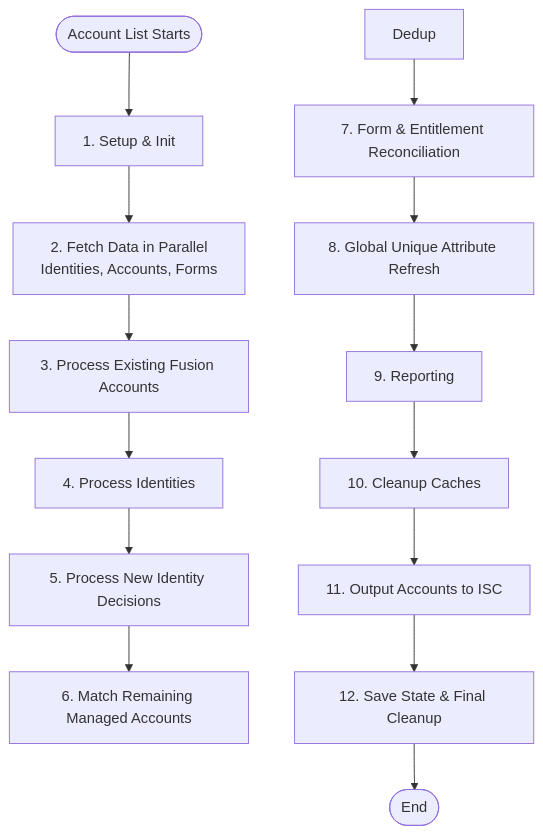
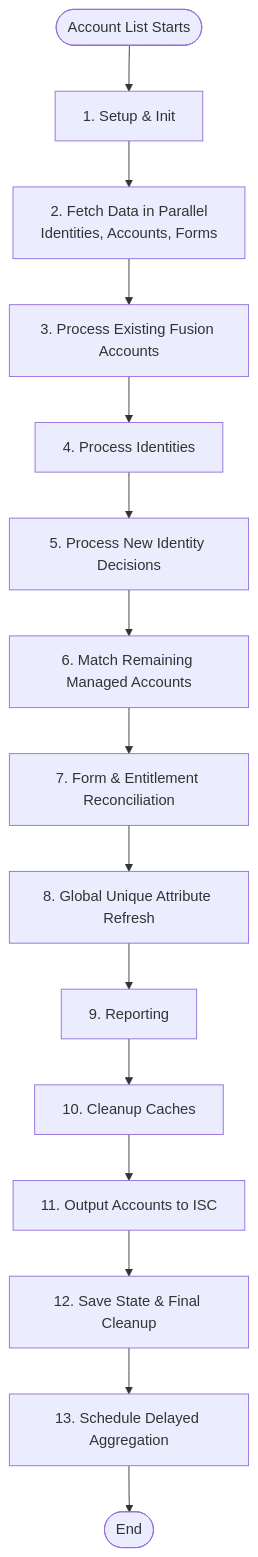
The first of 2 diagrams in docs/operations/account-list.md (fernando-delosrios-sp/colab-saas-conn-sailpoint-identity-fusion), drawn with Mermaid before and after one commit. The commit also changed other lines of this file and 25 other files, not shown here.

````diff
--- a/docs/operations/account-list.md
+++ b/docs/operations/account-list.md
@@ -9,16 +9,17 @@
 ```mermaid
 flowchart TD
     Start([Account List Starts]) --> Init[1. Setup & Init]
     Init --> Fetch[2. Fetch Data in Parallel<br>Identities, Accounts, Forms]
     Fetch --> Exist[3. Process Existing Fusion Accounts]
     Exist --> NewId[4. Process Identities]
     NewId --> Reviews[5. Process New Identity Decisions]
     Reviews --> Match[6. Match Remaining Managed Accounts]
-    Dedup --> Forms[7. Form & Entitlement Reconciliation]
+    Match --> Forms[7. Form & Entitlement Reconciliation]
     Forms --> Unique[8. Global Unique Attribute Refresh]
     Unique --> Report[9. Reporting]
     Report --> Clean[10. Cleanup Caches]
     Clean --> Output[11. Output Accounts to ISC]
     Output --> State[12. Save State & Final Cleanup]
-    State --> End([End])
+    State --> Delayed[13. Schedule Delayed Aggregation]
+    Delayed --> End([End])
 ```
````
